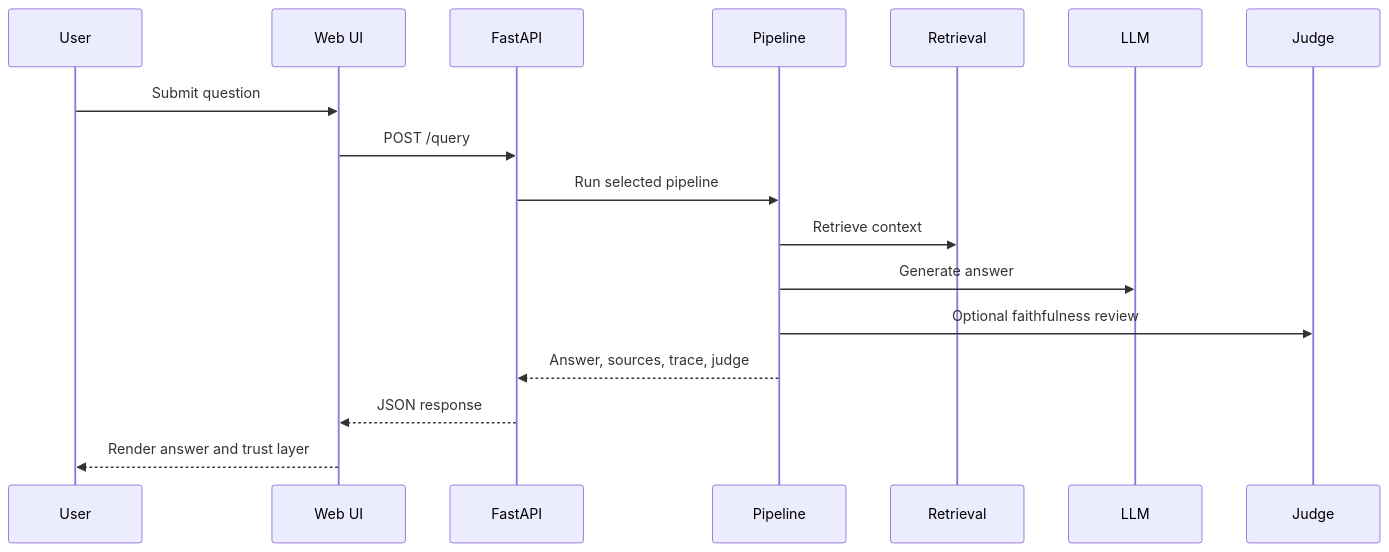
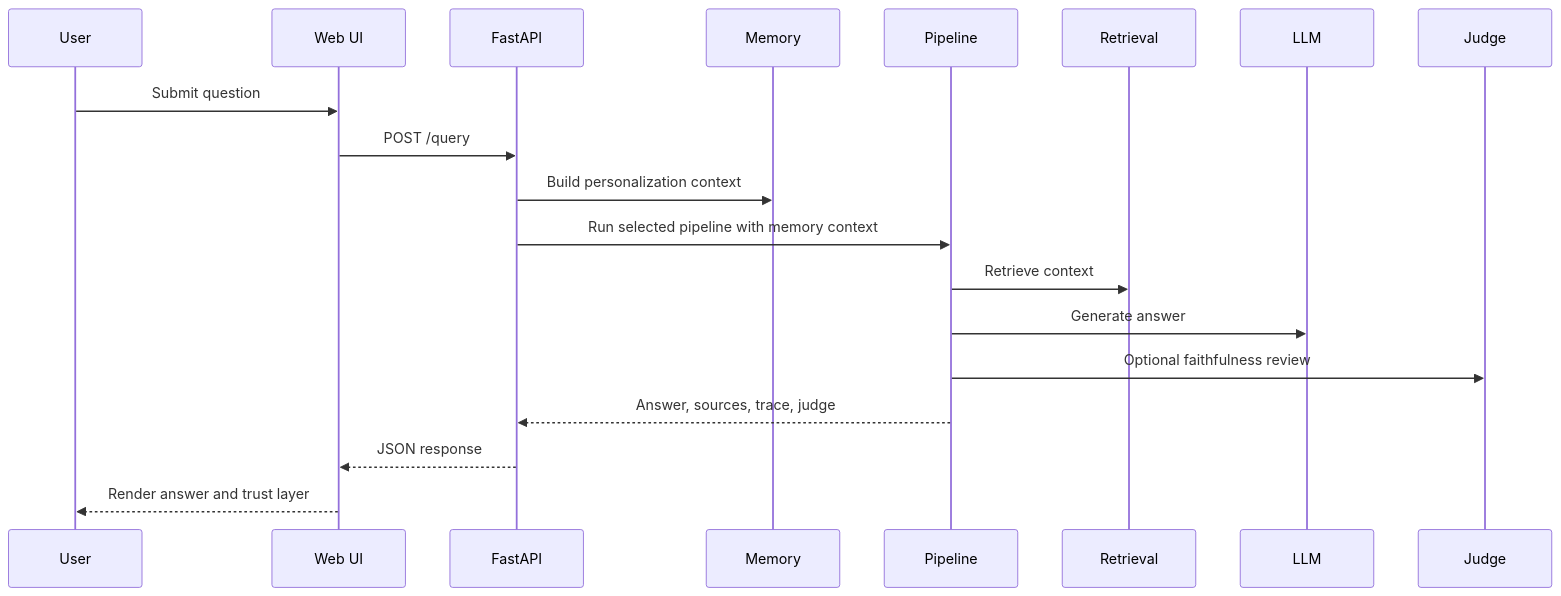
One commit to Piyushmittal2192/rag_frameworks changed the second of 2 diagrams in documentation/system-design.md. Above: the diagram before and after it, drawn with Mermaid. The commit also changed other lines of this file and 17 other files, not shown here.

Commit message:
Add personalization memory modes

````diff
--- a/documentation/system-design.md
+++ b/documentation/system-design.md
@@ -35,20 +38,22 @@
 ```mermaid
 sequenceDiagram
     participant U as User
     participant UI as Web UI
     participant API as FastAPI
+    participant M as Memory
     participant P as Pipeline
     participant R as Retrieval
     participant L as LLM
     participant J as Judge
 
     U->>UI: Submit question
     UI->>API: POST /query
-    API->>P: Run selected pipeline
+    API->>M: Build personalization context
+    API->>P: Run selected pipeline with memory context
     P->>R: Retrieve context
     P->>L: Generate answer
     P->>J: Optional faithfulness review
     P-->>API: Answer, sources, trace, judge
     API-->>UI: JSON response
     UI-->>U: Render answer and trust layer
 ```
````
